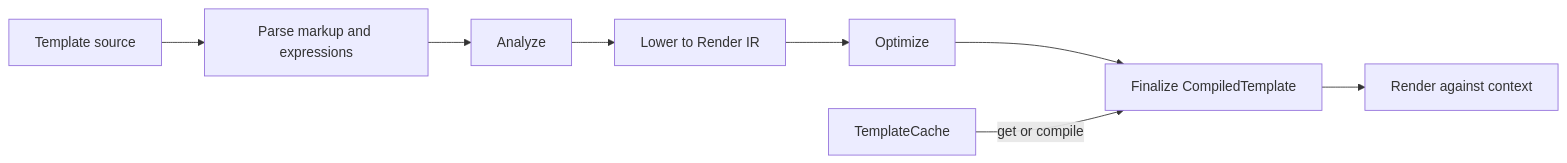
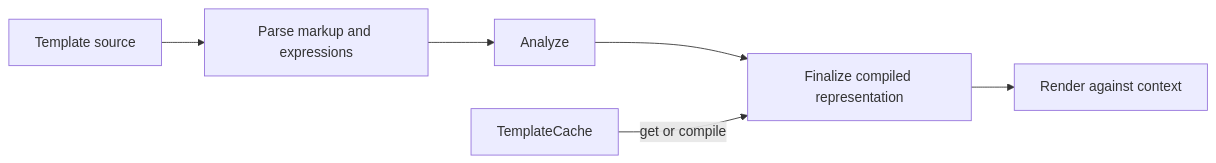
One commit to Natoandro/zeft changed the diagram in docs/architecture/README.md. Above: the diagram before and after it, drawn with Mermaid. The commit also changed other lines of this file and 10 other files, not shown here.

````diff
--- a/docs/architecture/README.md
+++ b/docs/architecture/README.md
@@ -18,10 +13,8 @@
 ```mermaid
 flowchart LR
     S[Template source] --> P[Parse markup and expressions]
     P --> A[Analyze]
-    A --> L[Lower to Render IR]
-    L --> O[Optimize]
-    O --> F[Finalize CompiledTemplate]
+    A --> F[Finalize compiled representation]
     F --> R[Render against context]
     C[TemplateCache] -->|get or compile| F
 ```
````
